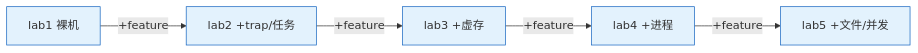
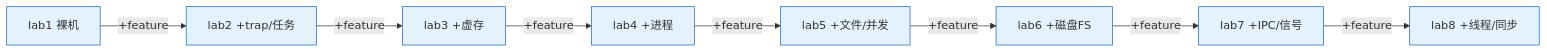
One commit to AM-SuSh/EVOLVE changed the second of 5 diagrams in os-lab/docs/design-report.md. Above: the diagram before and after it, drawn with Mermaid. The commit also changed other lines of this file and 23 other files, not shown here.

````diff
--- a/os-lab/docs/design-report.md
+++ b/os-lab/docs/design-report.md
@@ -44,10 +44,13 @@
 ```mermaid
 graph LR
     L1["lab1 裸机"] -->|"+feature"| L2["lab2 +trap/任务"]
     L2 -->|"+feature"| L3["lab3 +虚存"]
     L3 -->|"+feature"| L4["lab4 +进程"]
     L4 -->|"+feature"| L5["lab5 +文件/并发"]
+    L5 -->|"+feature"| L6["lab6 +磁盘FS"]
+    L6 -->|"+feature"| L7["lab7 +IPC/信号"]
+    L7 -->|"+feature"| L8["lab8 +线程/同步"]
 
     classDef stage fill:#e3f2fd,stroke:#1565c0;
-    class L1,L2,L3,L4,L5 stage;
+    class L1,L2,L3,L4,L5,L6,L7,L8 stage;
 ```
````
